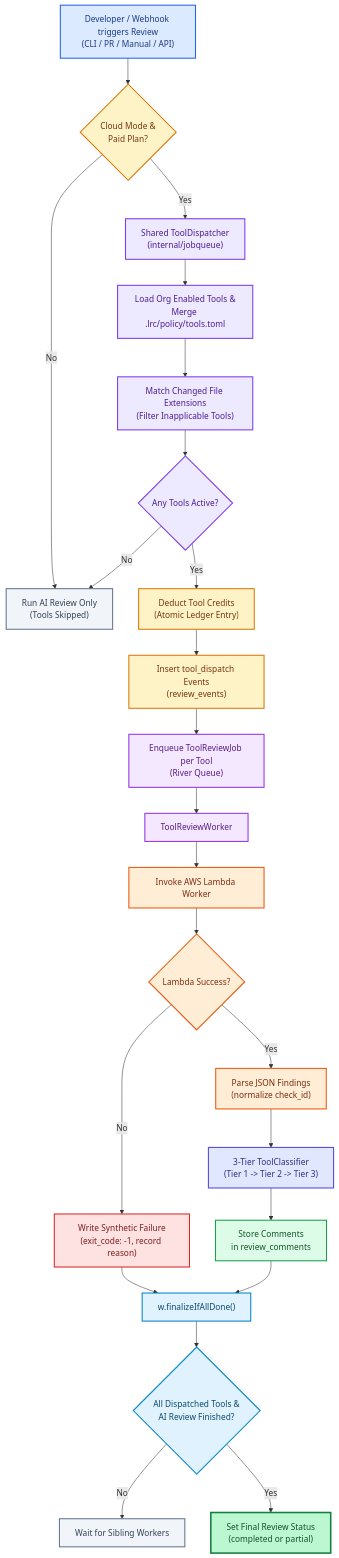
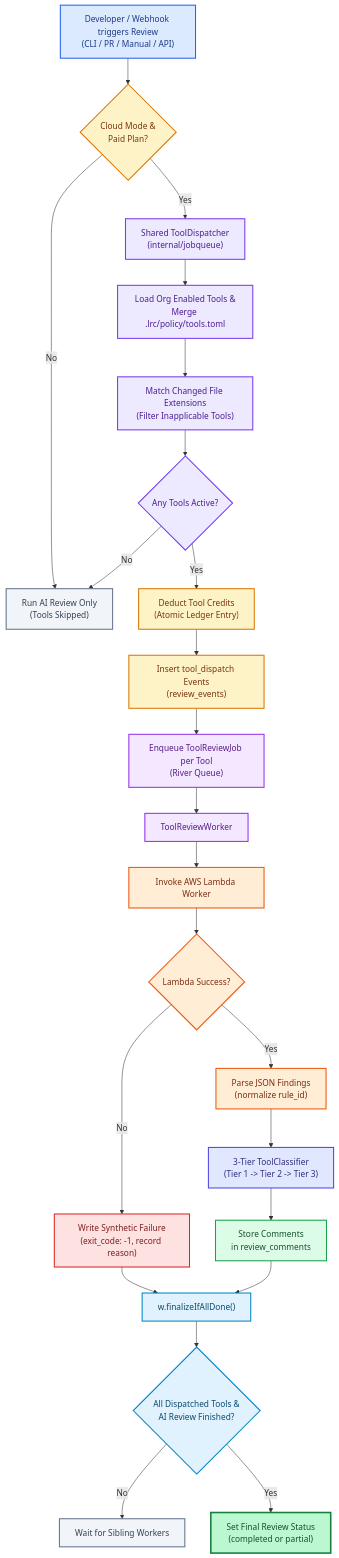
The first of 2 diagrams in docs/tools/tools-integration-beta.md (HexmosTech/LiveReview), drawn with Mermaid before and after one commit. The commit also changed other lines of this file and 16 other files, not shown here.

Commit message:
Extract Tool Credit Reset from Plan Change Flow

````diff
--- a/docs/tools/tools-integration-beta.md
+++ b/docs/tools/tools-integration-beta.md
@@ -38,63 +38,63 @@
 ```mermaid
 flowchart TD
     A["Developer / Webhook triggers Review<br/>(CLI / PR / Manual / API)"] --> B{"Cloud Mode &<br/>Paid Plan?"}
     B -->|No| C["Run AI Review Only<br/>(Tools Skipped)"]
     B -->|Yes| D["Shared ToolDispatcher<br/>(internal/jobqueue)"]
     
     D --> E["Load Org Enabled Tools &<br/>Merge .lrc/policy/tools.toml"]
     E --> F["Match Changed File Extensions<br/>(Filter Inapplicable Tools)"]
     F --> G{"Any Tools Active?"}
     G -->|No| C
     G -->|Yes| H["Deduct Tool Credits<br/>(Atomic Ledger Entry)"]
     
     H --> I["Insert tool_dispatch Events<br/>(review_events)"]
     I --> J["Enqueue ToolReviewJob per Tool<br/>(River Queue)"]
     
     J --> K["ToolReviewWorker"]
     K --> L["Invoke AWS Lambda Worker"]
     
     L --> M{"Lambda Success?"}
     M -->|No| N["Write Synthetic Failure<br/>(exit_code: -1, record reason)"]
-    M -->|Yes| O["Parse JSON Findings<br/>(normalize check_id)"]
+    M -->|Yes| O["Parse JSON Findings<br/>(normalize rule_id)"]
     
     O --> P["3-Tier ToolClassifier<br/>(Tier 1 -> Tier 2 -> Tier 3)"]
     P --> Q["Store Comments<br/>in review_comments"]
     
     N --> R["w.finalizeIfAllDone()"]
     Q --> R
     
     R --> S{"All Dispatched Tools &<br/>AI Review Finished?"}
     S -->|No| T["Wait for Sibling Workers"]
     S -->|Yes| U["Set Final Review Status<br/>(completed or partial)"]
 
     %% Trigger & Gates
     style A fill:#dbeafe,stroke:#2563eb,stroke-width:2px,color:#1e3a8a
     style B fill:#fef3c7,stroke:#d97706,stroke-width:2px,color:#78350f
     style C fill:#f1f5f9,stroke:#64748b,stroke-width:2px,color:#334155
 
     %% Dispatcher
     style D fill:#ede9fe,stroke:#7c3aed,stroke-width:2px,color:#4c1d95
     style E fill:#ede9fe,stroke:#7c3aed,stroke-width:2px,color:#4c1d95
     style F fill:#ede9fe,stroke:#7c3aed,stroke-width:2px,color:#4c1d95
     style G fill:#ede9fe,stroke:#7c3aed,stroke-width:2px,color:#4c1d95
     style H fill:#fef3c7,stroke:#d97706,stroke-width:2px,color:#78350f
     style I fill:#fef3c7,stroke:#d97706,stroke-width:2px,color:#78350f
 
     %% Worker Execution
     style J fill:#f3e8ff,stroke:#9333ea,stroke-width:2px,color:#581c87
     style K fill:#f3e8ff,stroke:#9333ea,stroke-width:2px,color:#581c87
     style L fill:#ffedd5,stroke:#ea580c,stroke-width:2px,color:#7c2d12
     style M fill:#ffedd5,stroke:#ea580c,stroke-width:2px,color:#7c2d12
     style N fill:#fee2e2,stroke:#dc2626,stroke-width:2px,color:#7f1d1d
     style O fill:#ffedd5,stroke:#ea580c,stroke-width:2px,color:#7c2d12
 
     %% Classification
     style P fill:#e0e7ff,stroke:#4f46e5,stroke-width:2px,color:#312e81
     style Q fill:#dcfce7,stroke:#16a34a,stroke-width:2px,color:#14532d
 
     %% Finalization
     style R fill:#e0f2fe,stroke:#0284c7,stroke-width:2px,color:#0c4a6e
     style S fill:#e0f2fe,stroke:#0284c7,stroke-width:2px,color:#0c4a6e
     style T fill:#f1f5f9,stroke:#64748b,stroke-width:2px,color:#334155
     style U fill:#bbf7d0,stroke:#15803d,stroke-width:3px,color:#14532d
 ```
````
